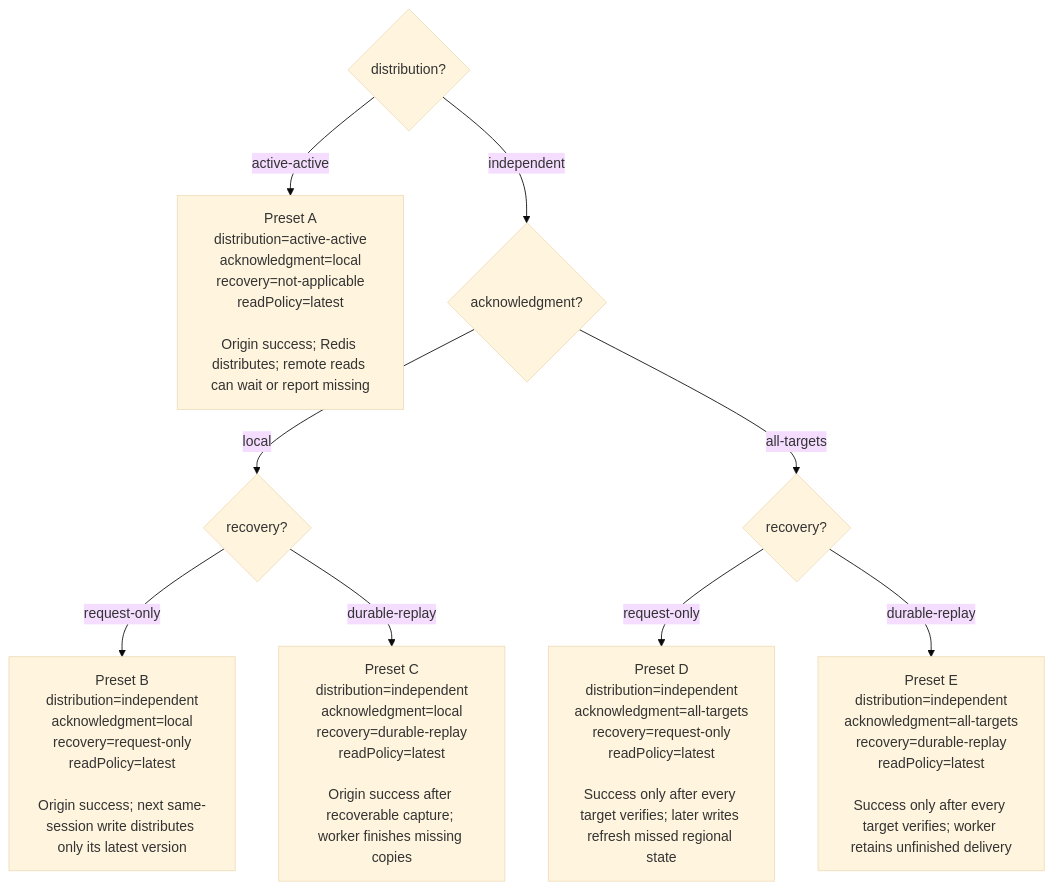
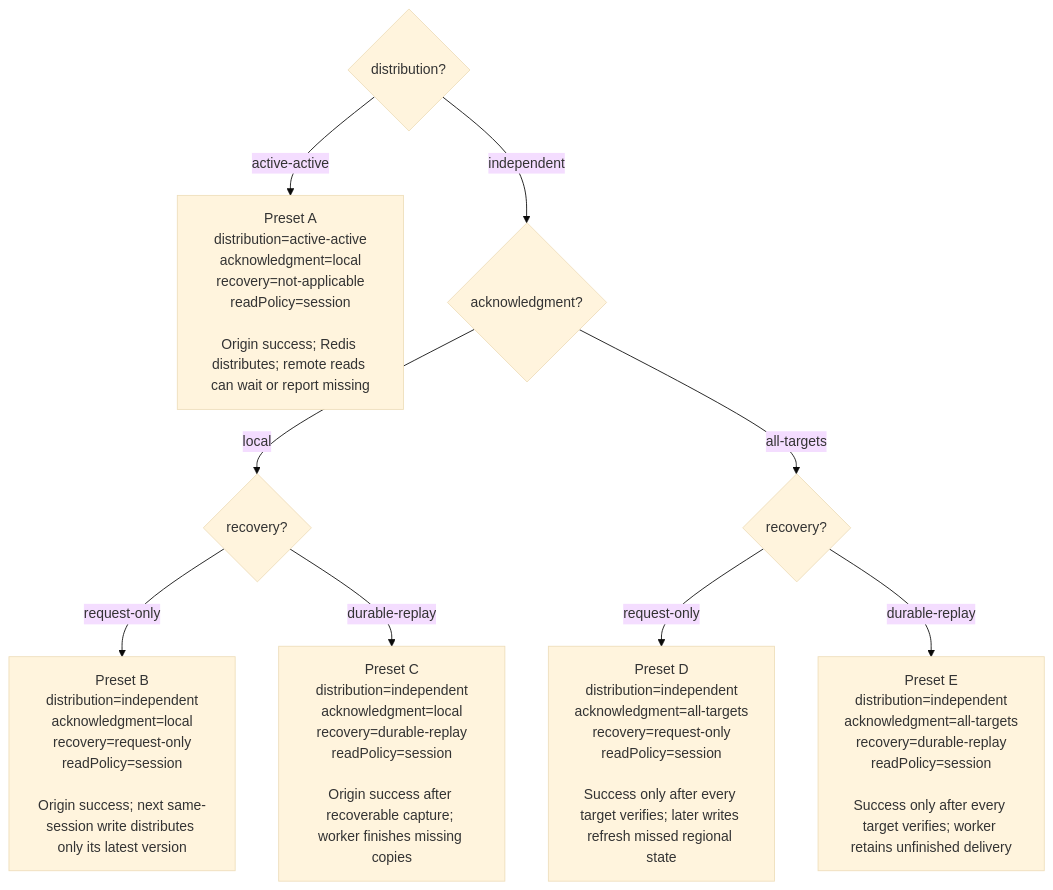
Before and after one commit to alberttwong/redis-multi-region-adapter: the first of 5 diagrams in decisions.md, drawn with Mermaid (base theme). The commit also changed other lines of this file and 12 other files, not shown here.

Commit message:
Clarify Session and Available read behaviors

````diff
--- a/decisions.md
+++ b/decisions.md
@@ -17,11 +17,11 @@
 ```mermaid
 flowchart TD
-    Start{"distribution?"} -->|active-active| A["Preset A<br/>distribution=active-active<br/>acknowledgment=local<br/>recovery=not-applicable<br/>readPolicy=latest<br/><br/>Origin success; Redis distributes; remote reads can wait or report missing"]
+    Start{"distribution?"} -->|active-active| A["Preset A<br/>distribution=active-active<br/>acknowledgment=local<br/>recovery=not-applicable<br/>readPolicy=session<br/><br/>Origin success; Redis distributes; remote reads can wait or report missing"]
     Start -->|independent| Ack{"acknowledgment?"}
     Ack -->|local| LocalRecovery{"recovery?"}
-    LocalRecovery -->|request-only| B["Preset B<br/>distribution=independent<br/>acknowledgment=local<br/>recovery=request-only<br/>readPolicy=latest<br/><br/>Origin success; next same-session write distributes only its latest version"]
-    LocalRecovery -->|durable-replay| C["Preset C<br/>distribution=independent<br/>acknowledgment=local<br/>recovery=durable-replay<br/>readPolicy=latest<br/><br/>Origin success after recoverable capture; worker finishes missing copies"]
+    LocalRecovery -->|request-only| B["Preset B<br/>distribution=independent<br/>acknowledgment=local<br/>recovery=request-only<br/>readPolicy=session<br/><br/>Origin success; next same-session write distributes only its latest version"]
+    LocalRecovery -->|durable-replay| C["Preset C<br/>distribution=independent<br/>acknowledgment=local<br/>recovery=durable-replay<br/>readPolicy=session<br/><br/>Origin success after recoverable capture; worker finishes missing copies"]
     Ack -->|all-targets| AllRecovery{"recovery?"}
-    AllRecovery -->|request-only| D["Preset D<br/>distribution=independent<br/>acknowledgment=all-targets<br/>recovery=request-only<br/>readPolicy=latest<br/><br/>Success only after every target verifies; later writes refresh missed regional state"]
-    AllRecovery -->|durable-replay| E["Preset E<br/>distribution=independent<br/>acknowledgment=all-targets<br/>recovery=durable-replay<br/>readPolicy=latest<br/><br/>Success only after every target verifies; worker retains unfinished delivery"]
+    AllRecovery -->|request-only| D["Preset D<br/>distribution=independent<br/>acknowledgment=all-targets<br/>recovery=request-only<br/>readPolicy=session<br/><br/>Success only after every target verifies; later writes refresh missed regional state"]
+    AllRecovery -->|durable-replay| E["Preset E<br/>distribution=independent<br/>acknowledgment=all-targets<br/>recovery=durable-replay<br/>readPolicy=session<br/><br/>Success only after every target verifies; worker retains unfinished delivery"]
 ```
````
